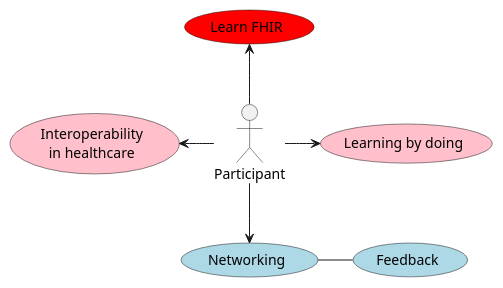
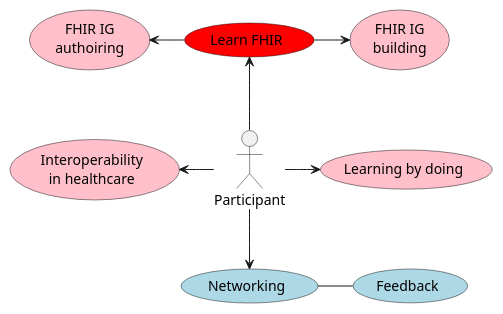
Before and after one commit to HL7Norway/Norwegian-FHIR-Hackathon-2026: the diagram in Norwegian-FHIR-hackathon-2026/input/images-source/main-use-casev2.plantuml, drawn with PlantUML. The commit also changed 1 other file, not shown here.

```diff
--- a/Norwegian-FHIR-hackathon-2026/input/images-source/main-use-casev2.plantuml
+++ b/Norwegian-FHIR-hackathon-2026/input/images-source/main-use-casev2.plantuml
@@ -1,59 +1,63 @@
 @startuml
 
 "Participant" as participant
 
 "Learn FHIR" as (fhir) #red
+"FHIR IG\nbuilding" as (build) #pink
+"FHIR IG\nauthoiring" as (authoring) #pink
 'rectangle "test" as rect {
 "Interoperability\nin healthcare" as (learn) #pink
 "Learning by doing" as (doing) #pink
 "Networking" as (give) #lightblue
 "Feedback" as (get) #lightblue
 
 '(test) -down[hidden]- (give)
 '(provide) -down[hidden]- (get)
 'applikasjon -up-> learn
 'applikasjon -up-> doing
 'applikasjon -up-> fhir
 'applikasjon -left-> provide
 'applikasjon -down-> get
 get -left- give
 'provide -left- test
 'learn -down[hidden]- fhir
 'doing -down[hidden]- fhir
 'fhir -down[hidden]- learn
 'fhir -down[hidden]- doing
 'provide -down[hidden]- get
+authoring <-right- fhir
+fhir -right-> build
 participant -left-> learn
 
 'source -down- applikasjon
 '}
 'actor "Pasient" as pasient 
 '[API] as api
 '"skrive informasjon" as (skrive) #lightblue
 
 'test -[hidden]down- give
 'api -[hidden]right- pasient
 
 'participant -right-> test
 'søke <-down- pasient
 participant -right-> (doing)
 participant -up-> (fhir)
 participant -down-> (give)
 '(give) <-right- pasient
 'kliniker -down-> (skrive)
 
 'pasient -left-> give
 'pasient -[hidden]left-> skrive
 'pasient -down-> skrive
 
 '(søke) -down- app
 'app -down- (give)
 '(give) -right- app
 'app -down- pasient
 'skrive -down- dokumentasjon
 'give -down- presentasjon
 
 'api .up. give
 'api .down. skrive
 
 @enduml
```
